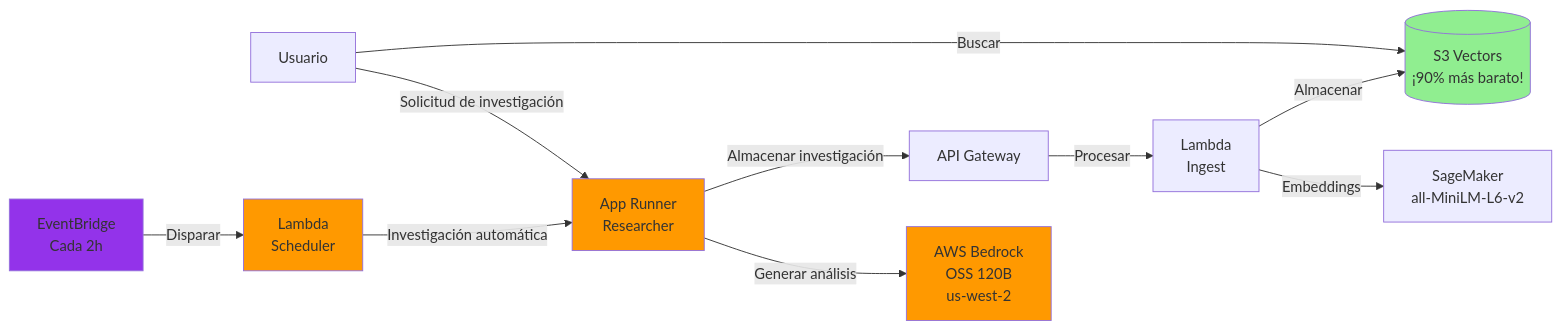
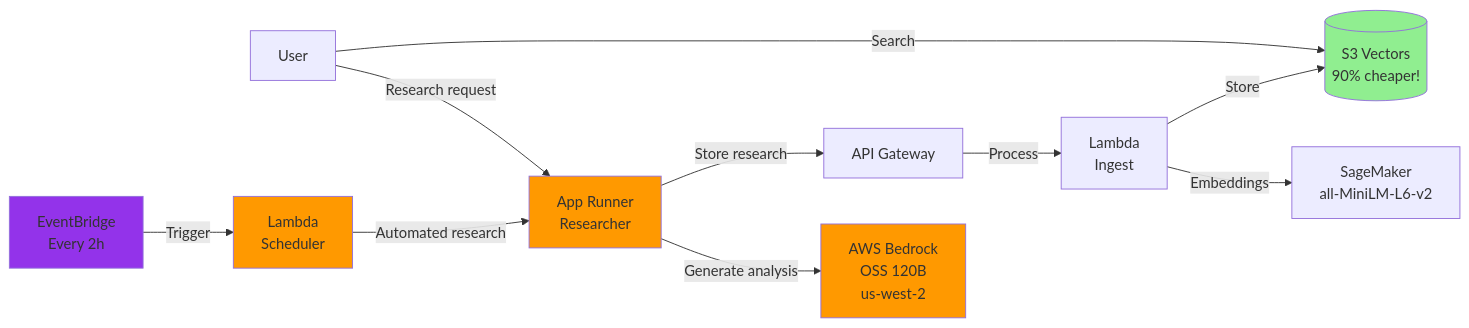
The diagram in guides/4_researcher.md (repson/agentic-learning-equities-explainer), drawn with Mermaid before and after one commit. The commit also changed other lines of this file and 14 other files, not shown here.

````diff
--- a/guides/4_researcher.md
+++ b/guides/4_researcher.md
@@ -32,18 +32,18 @@
 ```mermaid
 graph LR
-    User[Usuario] -->|Solicitud de investigación| AR[App Runner<br/>Researcher]
-    Schedule[EventBridge<br/>Cada 2h] -->|Disparar| SchedLambda[Lambda<br/>Scheduler]
-    SchedLambda -->|Investigación automática| AR
-    AR -->|Generar análisis| Bedrock[AWS Bedrock<br/>OSS 120B<br/>us-west-2]
-    AR -->|Almacenar investigación| API[API Gateway]
-    API -->|Procesar| Lambda[Lambda<br/>Ingest]
+    User[User] -->|Research request| AR[App Runner<br/>Researcher]
+    Schedule[EventBridge<br/>Every 2h] -->|Trigger| SchedLambda[Lambda<br/>Scheduler]
+    SchedLambda -->|Automated research| AR
+    AR -->|Generate analysis| Bedrock[AWS Bedrock<br/>OSS 120B<br/>us-west-2]
+    AR -->|Store research| API[API Gateway]
+    API -->|Process| Lambda[Lambda<br/>Ingest]
     Lambda -->|Embeddings| SM[SageMaker<br/>all-MiniLM-L6-v2]
-    Lambda -->|Almacenar| S3V[(S3 Vectors<br/>¡90% más barato!)]
-    User -->|Buscar| S3V
+    Lambda -->|Store| S3V[(S3 Vectors<br/>90% cheaper!)]
+    User -->|Search| S3V
     
     style AR fill:#FF9900
     style Bedrock fill:#FF9900
     style S3V fill:#90EE90
     style Schedule fill:#9333EA
     style SchedLambda fill:#FF9900
 ```
````
